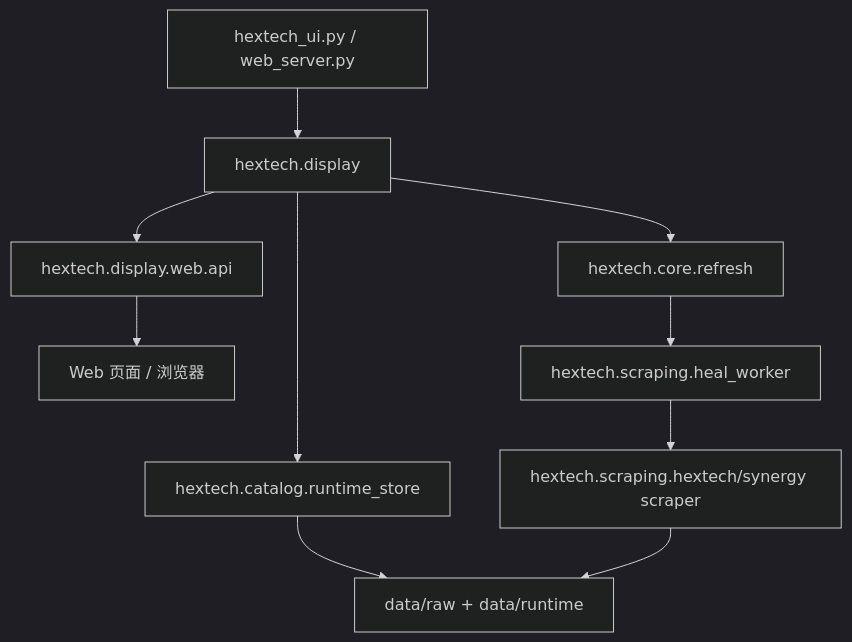
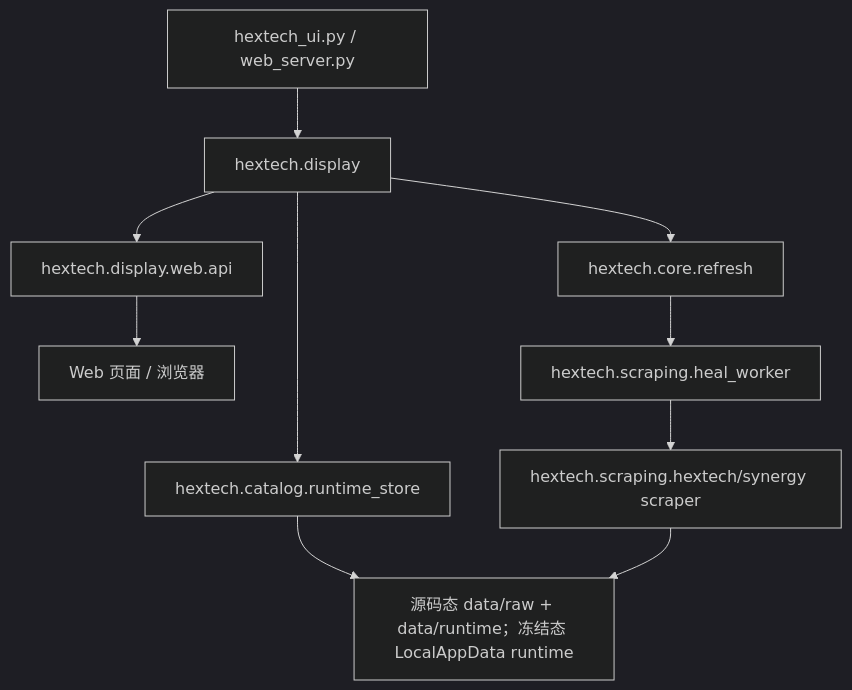
Before and after one commit to fadfasfa/claude-code-test: the diagram in run/PROJECT.md, drawn with Mermaid (dark theme). The commit also changed other lines of this file and 4 other files, not shown here.

````diff
--- a/run/PROJECT.md
+++ b/run/PROJECT.md
@@ -150,12 +154,12 @@
 ```mermaid
 flowchart TD
     A[hextech_ui.py / web_server.py] --> B[hextech.display]
     B --> C[hextech.catalog.runtime_store]
-    C --> D[data/raw + data/runtime]
+    C --> D[源码态 data/raw + data/runtime；冻结态 LocalAppData runtime]
     B --> E[hextech.display.web.api]
     E --> F[Web 页面 / 浏览器]
     B --> G[hextech.core.refresh]
     G --> H[hextech.scraping.heal_worker]
     H --> I[hextech.scraping.hextech/synergy scraper]
     I --> D
 ```
````
